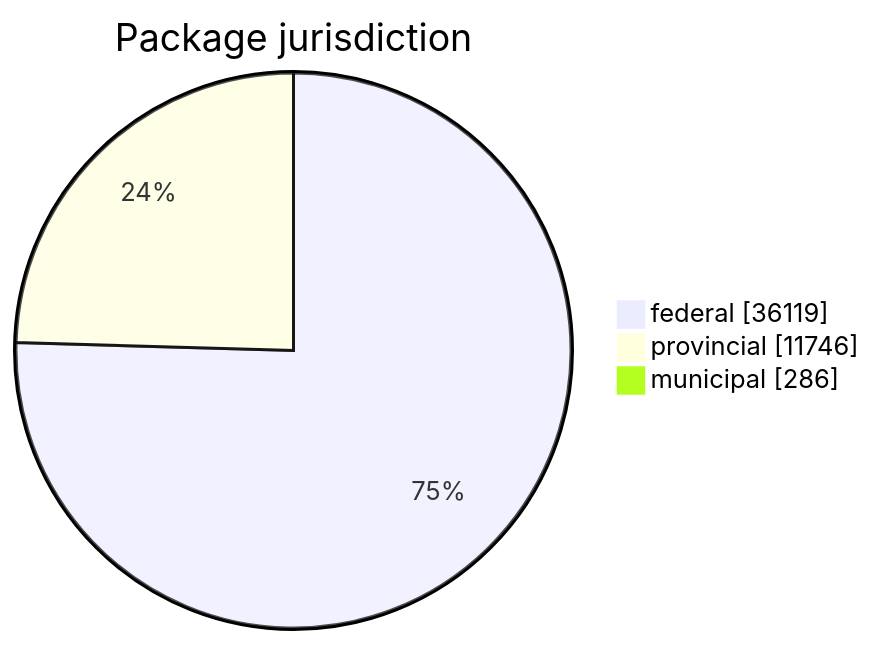
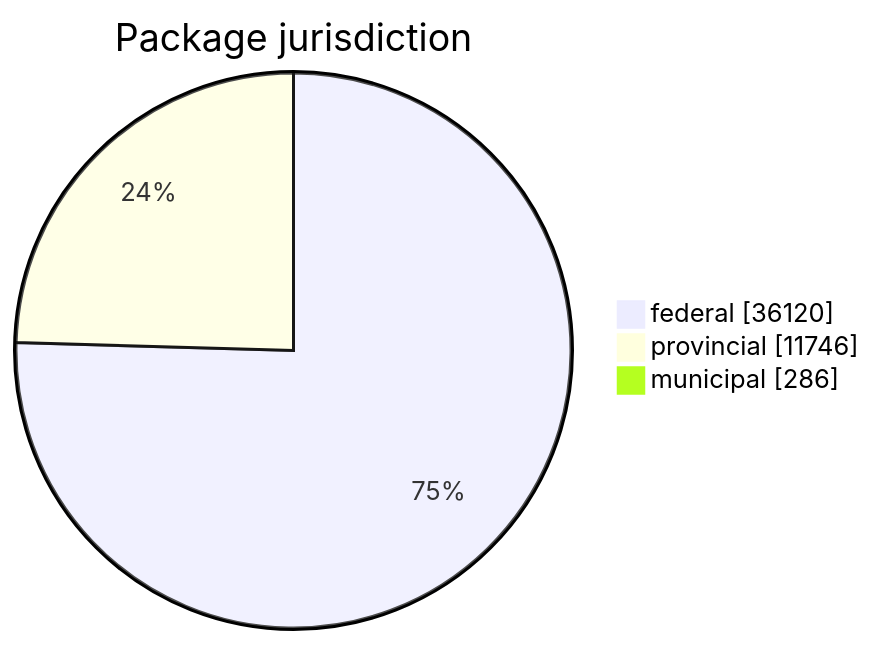
One commit to open-data/analytics-corporate-reporting changed the first of 5 diagrams in FreshCheck/README.md. Above: the diagram before and after it, drawn with Mermaid. The commit also changed other lines of this file and 3 other files, not shown here.

````diff
--- a/FreshCheck/README.md
+++ b/FreshCheck/README.md
@@ -60,6 +60,6 @@
 ```mermaid
 pie showData title Package jurisdiction
-    "federal": 36119
+    "federal": 36120
     "provincial": 11746
     "municipal": 286
 ```
````
